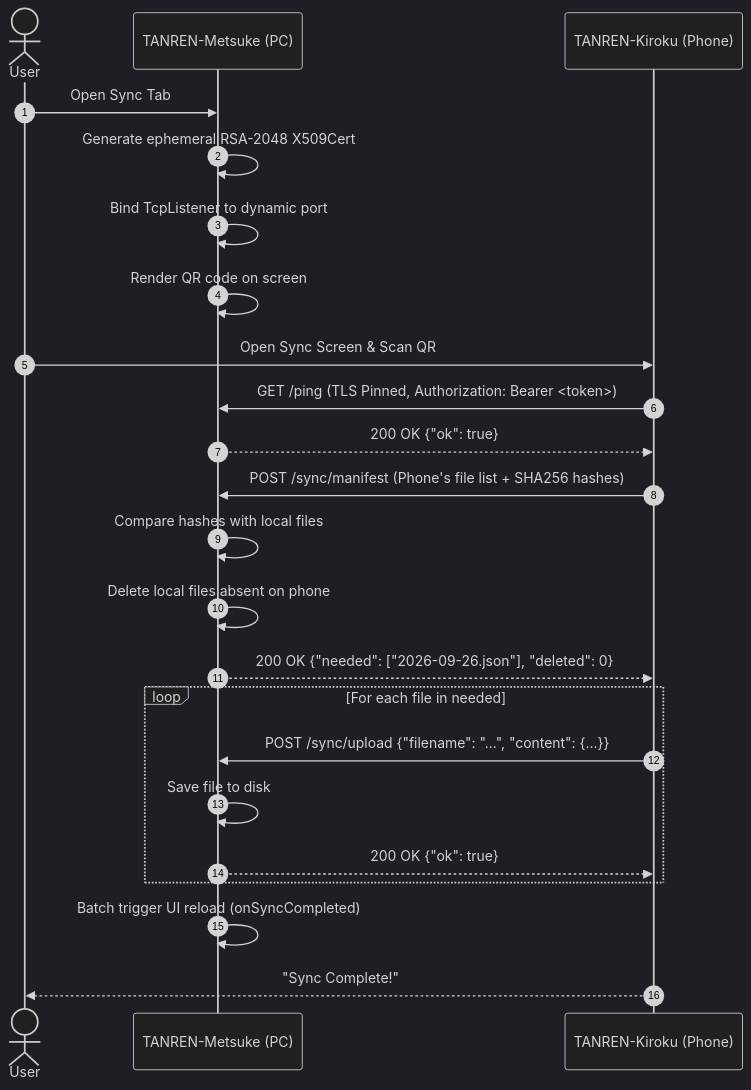
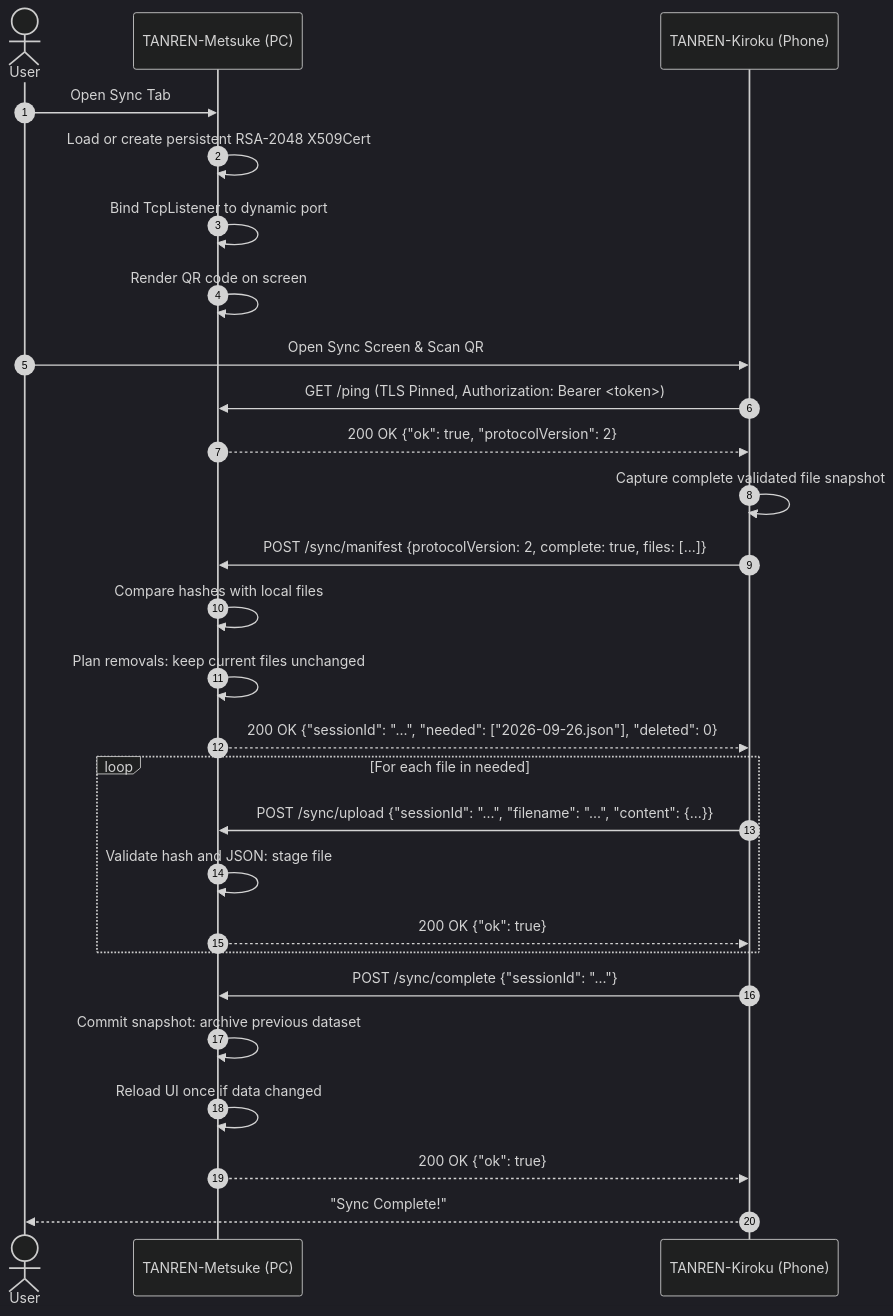
The diagram in README.md (kar-dim/TANREN-Kiroku), drawn with Mermaid (dark theme) before and after one commit. The commit also changed other lines of this file and 22 other files, not shown here.

````diff
--- a/README.md
+++ b/README.md
@@ -54,26 +56,30 @@
 ```mermaid
 sequenceDiagram
     autonumber
     actor User
     participant Desktop as TANREN-Metsuke (PC)
     participant Mobile as TANREN-Kiroku (Phone)
 
     User->>Desktop: Open Sync Tab
-    Desktop->>Desktop: Generate ephemeral RSA-2048 X509Cert
+    Desktop->>Desktop: Load or create persistent RSA-2048 X509Cert
     Desktop->>Desktop: Bind TcpListener to dynamic port
     Desktop->>Desktop: Render QR code on screen
     User->>Mobile: Open Sync Screen & Scan QR
     Mobile->>Desktop: GET /ping (TLS Pinned, Authorization: Bearer <token>)
-    Desktop-->>Mobile: 200 OK {"ok": true}
-    Mobile->>Desktop: POST /sync/manifest (Phone's file list + SHA256 hashes)
+    Desktop-->>Mobile: 200 OK {"ok": true, "protocolVersion": 2}
+    Mobile->>Mobile: Capture complete validated file snapshot
+    Mobile->>Desktop: POST /sync/manifest {protocolVersion: 2, complete: true, files: [...]}
     Desktop->>Desktop: Compare hashes with local files
-    Desktop->>Desktop: Delete local files absent on phone
-    Desktop-->>Mobile: 200 OK {"needed": ["2026-09-26.json"], "deleted": 0}
+    Desktop->>Desktop: Plan removals: keep current files unchanged
+    Desktop-->>Mobile: 200 OK {"sessionId": "...", "needed": ["2026-09-26.json"], "deleted": 0}
     loop For each file in needed
-        Mobile->>Desktop: POST /sync/upload {"filename": "...", "content": {...}}
-        Desktop->>Desktop: Save file to disk
+        Mobile->>Desktop: POST /sync/upload {"sessionId": "...", "filename": "...", "content": {...}}
+        Desktop->>Desktop: Validate hash and JSON: stage file
         Desktop-->>Mobile: 200 OK {"ok": true}
     end
-    Desktop->>Desktop: Batch trigger UI reload (onSyncCompleted)
+    Mobile->>Desktop: POST /sync/complete {"sessionId": "..."}
+    Desktop->>Desktop: Commit snapshot: archive previous dataset
+    Desktop->>Desktop: Reload UI once if data changed
+    Desktop-->>Mobile: 200 OK {"ok": true}
     Mobile-->>User: "Sync Complete!"
 ```
````
